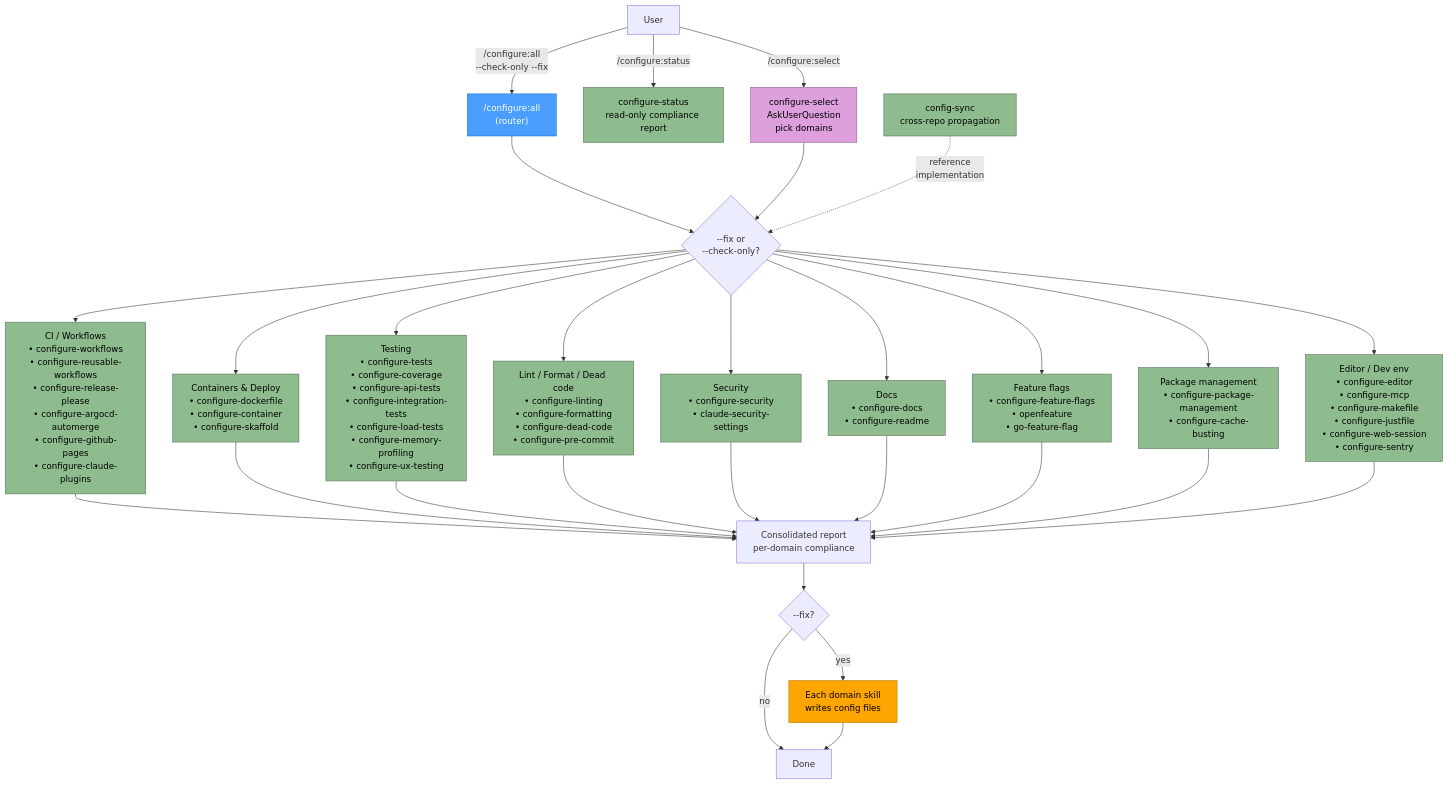
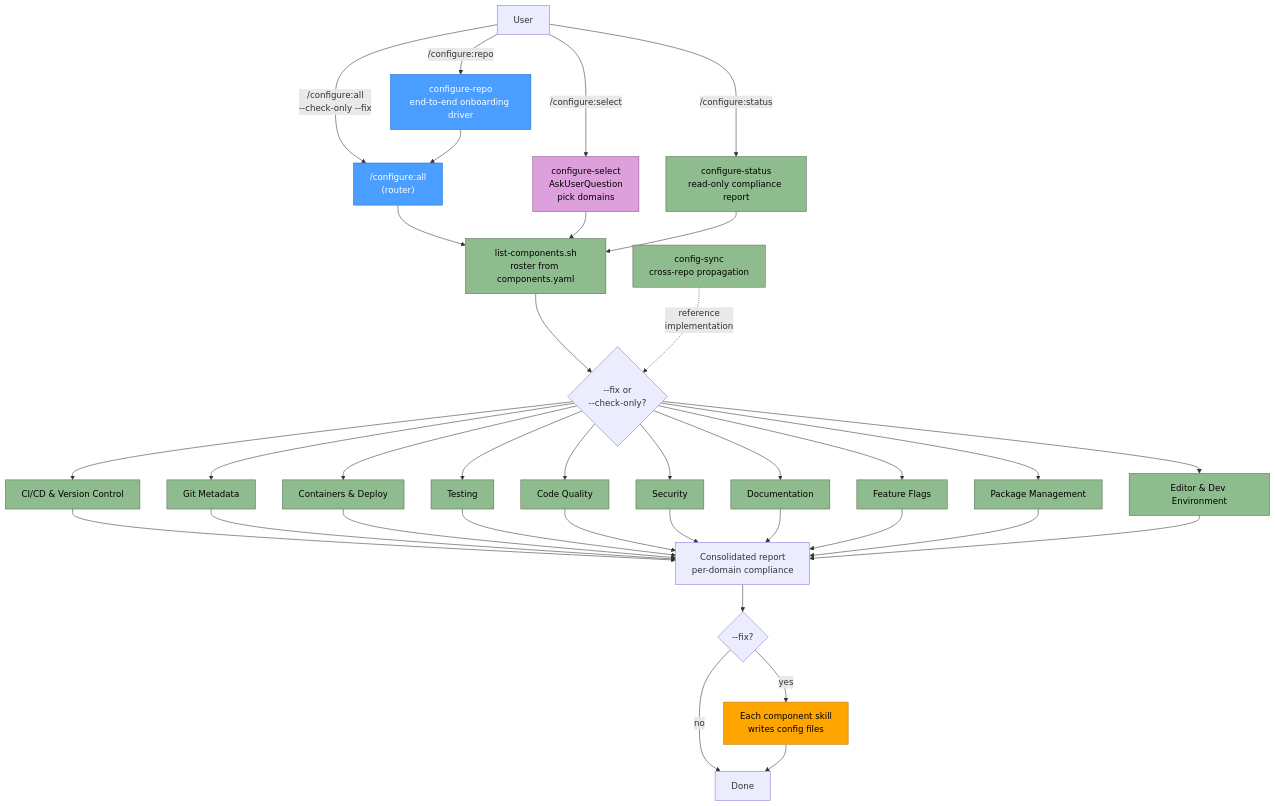
The diagram in configure-plugin/docs/flow.md (laurigates/claude-plugins), drawn with Mermaid before and after one commit. The commit also changed other lines of this file and 14 other files, not shown here.

````diff
--- a/configure-plugin/docs/flow.md
+++ b/configure-plugin/docs/flow.md
@@ -3,46 +9,44 @@
 ```mermaid
 flowchart TD
     U[User] -->|/configure:all<br/>--check-only --fix| R["/configure:all<br/>(router)"]
     U -->|/configure:status| STATUS[configure-status<br/>read-only compliance report]
     U -->|/configure:select| SELECT[configure-select<br/>AskUserQuestion<br/>pick domains]
+    U -->|/configure:repo| REPO[configure-repo<br/>end-to-end onboarding driver]
 
-    R --> MODE{--fix or<br/>--check-only?}
-    SELECT --> MODE
+    R --> LIST[list-components.sh<br/>roster from components.yaml]
+    SELECT --> LIST
+    STATUS --> LIST
+    REPO --> R
 
-    MODE --> CI[CI / Workflows<br/>• configure-workflows<br/>• configure-reusable-workflows<br/>• configure-release-please<br/>• configure-argocd-automerge<br/>• configure-github-pages<br/>• configure-claude-plugins]
+    LIST --> MODE{--fix or<br/>--check-only?}
 
-    MODE --> CONT[Containers & Deploy<br/>• configure-dockerfile<br/>• configure-container<br/>• configure-skaffold]
+    MODE --> D1[CI/CD & Version Control]
+    MODE --> D2[Git Metadata]
+    MODE --> D3[Containers & Deploy]
+    MODE --> D4[Testing]
+    MODE --> D5[Code Quality]
+    MODE --> D6[Security]
+    MODE --> D7[Documentation]
+    MODE --> D8[Feature Flags]
+    MODE --> D9[Package Management]
+    MODE --> D10[Editor & Dev Environment]
 
-    MODE --> TEST[Testing<br/>• configure-tests<br/>• configure-coverage<br/>• configure-api-tests<br/>• configure-integration-tests<br/>• configure-load-tests<br/>• configure-memory-profiling<br/>• configure-ux-testing]
-
-    MODE --> QUAL[Lint / Format / Dead code<br/>• configure-linting<br/>• configure-formatting<br/>• configure-dead-code<br/>• configure-pre-commit]
-
-    MODE --> SEC[Security<br/>• configure-security<br/>• claude-security-settings]
-
-    MODE --> DOCS[Docs<br/>• configure-docs<br/>• configure-readme]
-
-    MODE --> FF[Feature flags<br/>• configure-feature-flags<br/>• openfeature<br/>• go-feature-flag]
-
-    MODE --> PKG[Package management<br/>• configure-package-management<br/>• configure-cache-busting]
-
-    MODE --> EDIT[Editor / Dev env<br/>• configure-editor<br/>• configure-mcp<br/>• configure-makefile<br/>• configure-justfile<br/>• configure-web-session<br/>• configure-sentry]
-
-    CI & CONT & TEST & QUAL & SEC & DOCS & FF & PKG & EDIT --> RPT[Consolidated report<br/>per-domain compliance]
+    D1 & D2 & D3 & D4 & D5 & D6 & D7 & D8 & D9 & D10 --> RPT[Consolidated report<br/>per-domain compliance]
 
     RPT --> FIXQ{--fix?}
     FIXQ -->|no| DONE[Done]
-    FIXQ -->|yes| APPLY[Each domain skill<br/>writes config files]
+    FIXQ -->|yes| APPLY[Each component skill<br/>writes config files]
     APPLY --> DONE
 
     SYNC[config-sync<br/>cross-repo propagation] -.->|reference<br/>implementation| MODE
 
     classDef router fill:#4a9eff,stroke:#1a6ecc,color:#fff
     classDef check fill:#8fbc8f,stroke:#556b55,color:#000
     classDef fix fill:#ffa500,stroke:#b37400,color:#000
     classDef prompt fill:#dda0dd,stroke:#8b5a8b,color:#000
 
-    class R router
-    class STATUS,CI,CONT,TEST,QUAL,SEC,DOCS,FF,PKG,EDIT,SYNC check
+    class R,REPO router
+    class STATUS,LIST,D1,D2,D3,D4,D5,D6,D7,D8,D9,D10,SYNC check
     class APPLY fix
     class SELECT prompt
 ```
````
